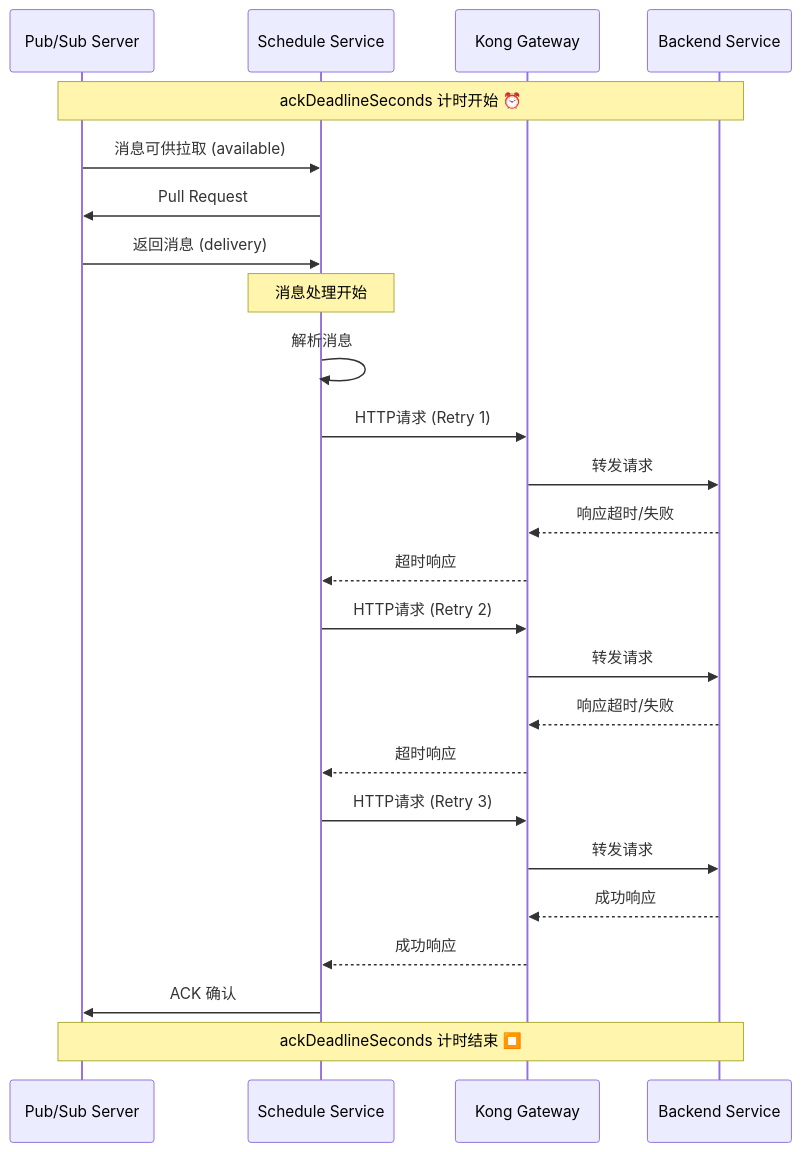
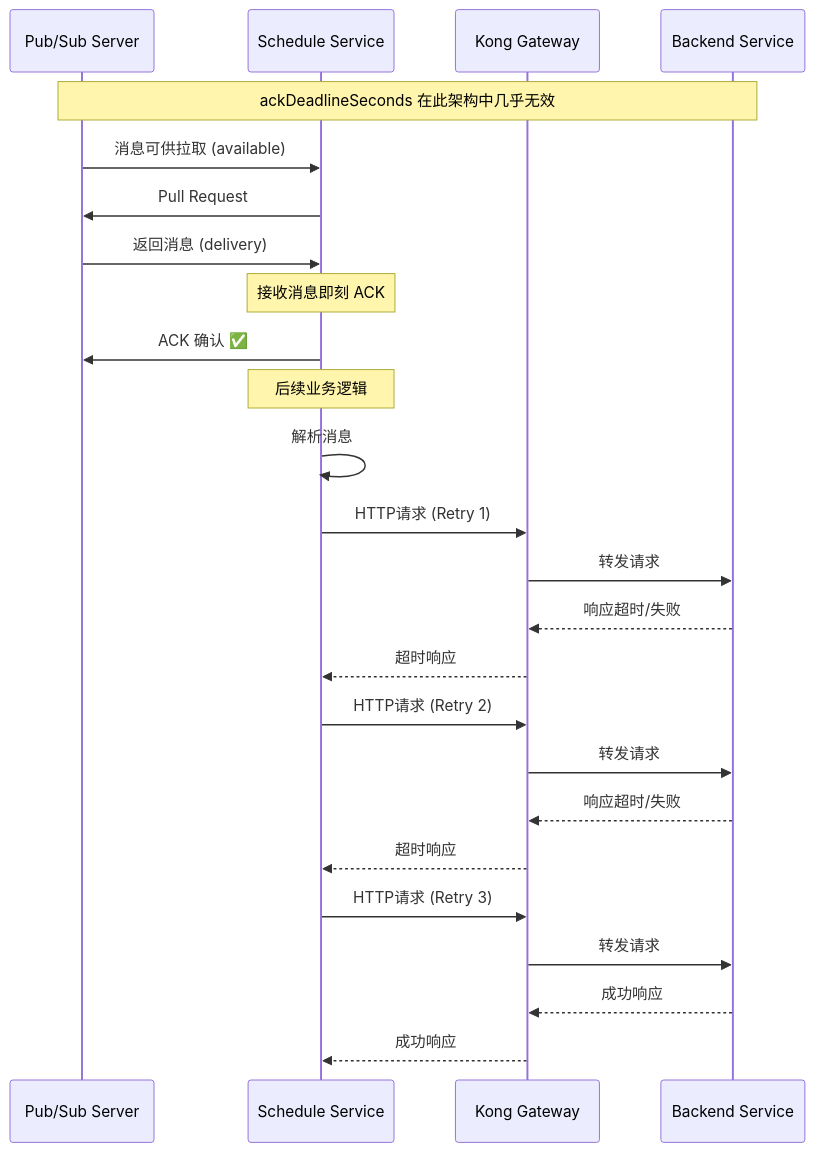
Before and after one commit to aibangjuxin/knowledge: diagram 11 of 12 in gcp/pub-sub/flow-and-concept.md, drawn with Mermaid. The commit also changed other lines of this file and 3 other files, not shown here.

````diff
--- a/gcp/pub-sub/flow-and-concept.md
+++ b/gcp/pub-sub/flow-and-concept.md
@@ -400,32 +387,32 @@
 ```mermaid
 	sequenceDiagram
     participant PS as Pub/Sub Server
     participant SS as Schedule Service
     participant Kong as Kong Gateway
     participant BS as Backend Service
     
-    Note over PS,BS: ackDeadlineSeconds 计时开始 ⏰
+    Note over PS,BS: ackDeadlineSeconds 在此架构中几乎无效
     PS->>SS: 消息可供拉取 (available)
     SS->>PS: Pull Request
     PS->>SS: 返回消息 (delivery)
     
-    Note over SS: 消息处理开始
+    Note over SS: 接收消息即刻 ACK
+    SS->>PS: ACK 确认 ✅
+    
+    Note over SS: 后续业务逻辑
     SS->>SS: 解析消息
     SS->>Kong: HTTP请求 (Retry 1)
     Kong->>BS: 转发请求
     BS-->>Kong: 响应超时/失败
     Kong-->>SS: 超时响应
     
     SS->>Kong: HTTP请求 (Retry 2) 
     Kong->>BS: 转发请求
     BS-->>Kong: 响应超时/失败
     Kong-->>SS: 超时响应
     
     SS->>Kong: HTTP请求 (Retry 3)
     Kong->>BS: 转发请求
     BS-->>Kong: 成功响应
     Kong-->>SS: 成功响应
-    
-    SS->>PS: ACK 确认
-    Note over PS,BS: ackDeadlineSeconds 计时结束 ⏹️
 ```
````
